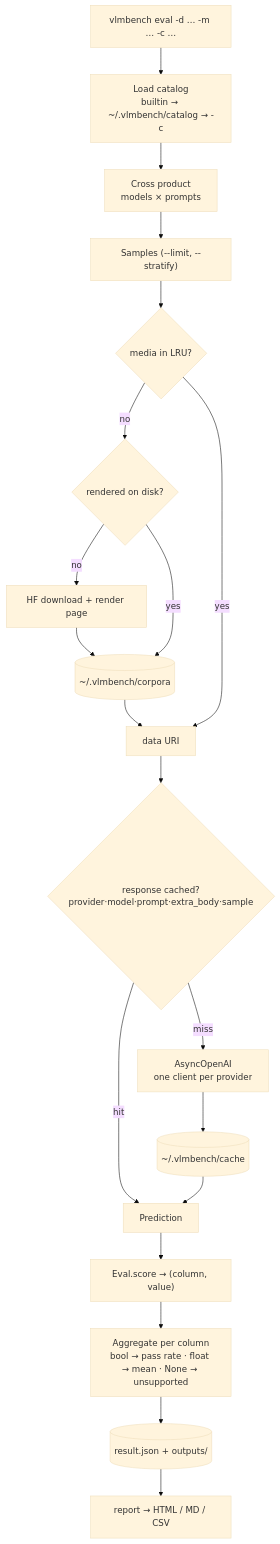
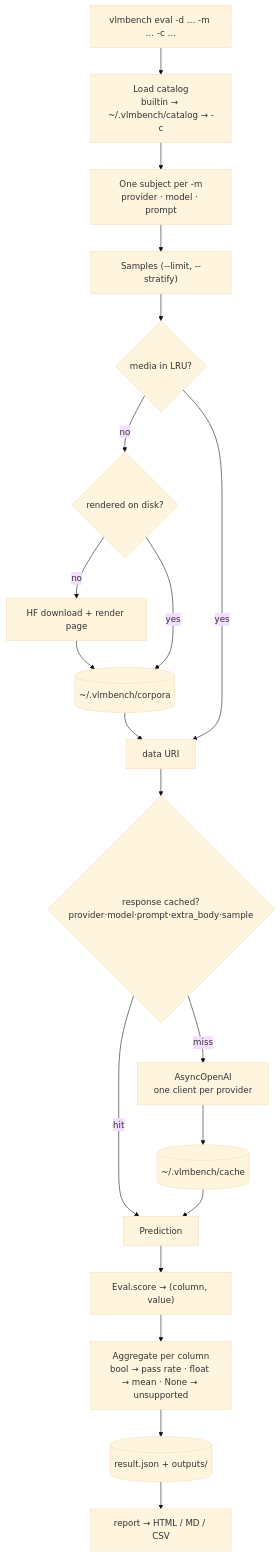
One commit to vlm-run/vlmbench changed the second of 2 diagrams in EVALS.md. Above: the diagram before and after it, drawn with Mermaid (base theme). The commit also changed other lines of this file and 4 other files, not shown here.

First line of the commit message:
Name prompts explicitly per row; date-stamp unpinned revisions

````diff
--- a/EVALS.md
+++ b/EVALS.md
@@ -46,25 +46,25 @@
 ```mermaid
 flowchart TD
   CLI["vlmbench eval -d … -m … -c …"] --> L[Load catalog<br/>builtin → ~/.vlmbench/catalog → -c]
-  L --> X[Cross product<br/>models × prompts]
+  L --> X[One subject per -m<br/>provider · model · prompt]
   X --> S["Samples (--limit, --stratify)"]
 
   S --> MC{media in LRU?}
   MC -->|no| MD{rendered on disk?}
   MD -->|no| HF[HF download + render page]
   HF --> CORP[(~/.vlmbench/corpora)]
   MD -->|yes| CORP
   CORP --> URI[data URI]
   MC -->|yes| URI
 
   URI --> RC{response cached?<br/>provider·model·prompt·extra_body·sample}
   RC -->|hit| PRED[Prediction]
   RC -->|miss| API[AsyncOpenAI<br/>one client per provider]
   API --> CACHE[(~/.vlmbench/cache)]
   CACHE --> PRED
 
   PRED --> SC["Eval.score → (column, value)"]
   SC --> AG[Aggregate per column<br/>bool → pass rate · float → mean · None → unsupported]
   AG --> RJ[(result.json + outputs/)]
   RJ --> REP[report → HTML / MD / CSV]
 ```
````
